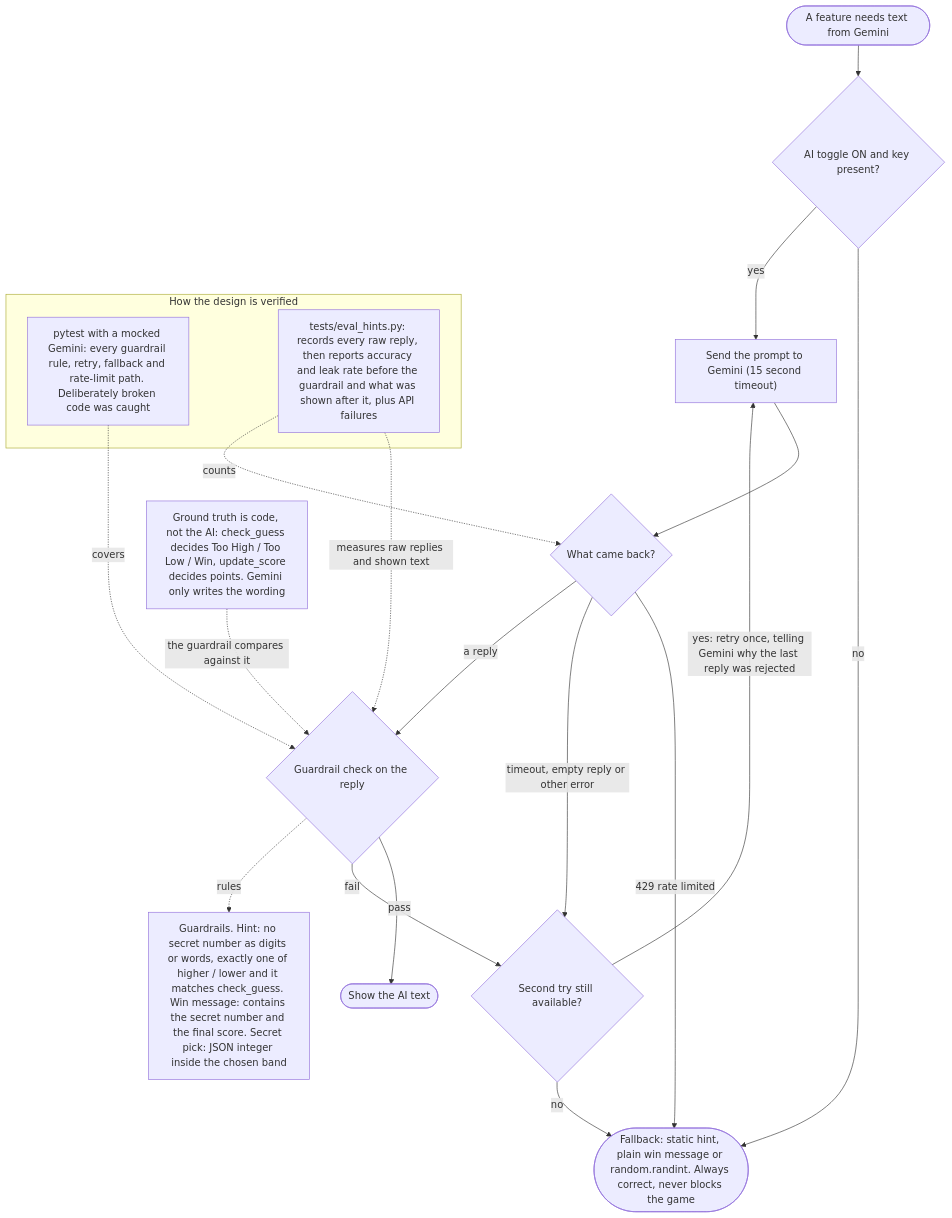
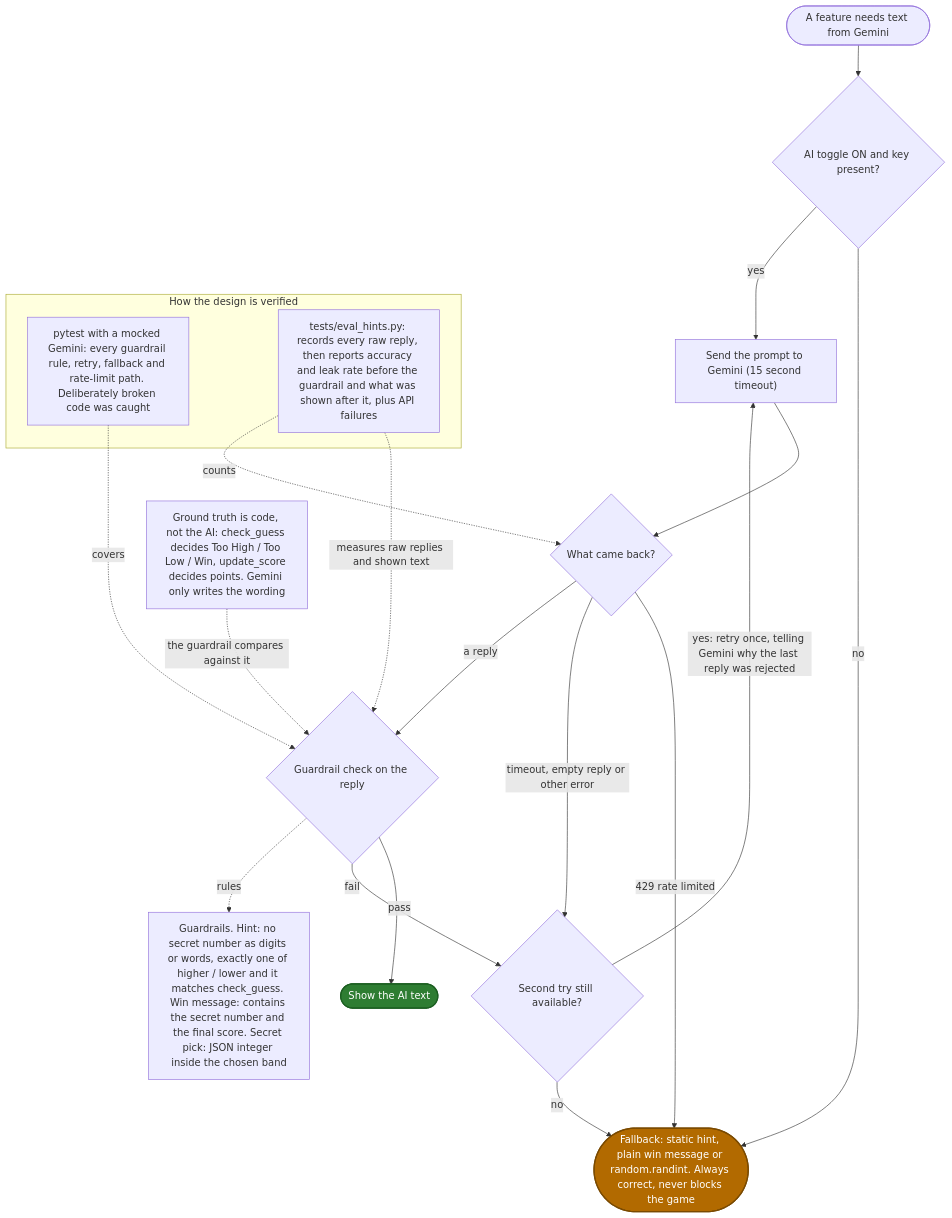
The diagram in diagrams/reliability_flow.mmd (ana-lomidze/applied-ai-system-project), drawn with Mermaid before and after one commit. The commit also changed 5 other files, not shown here.

Commit message:
add .env.example, colour diagrams, small cosmetic fix to app.py

```diff
--- a/diagrams/reliability_flow.mmd
+++ b/diagrams/reliability_flow.mmd
@@ -1,38 +1,44 @@
 flowchart TD
     %% Reliability flow: how every AI output (hint, win message, secret pick) is checked
     %% and replaced by a safe fallback, so the AI can never break the game.
 
     Need(["A feature needs text from Gemini"])
     Avail{"AI toggle ON and key present?"}
     Send["Send the prompt to Gemini (15 second timeout)"]
     Got{"What came back?"}
     Guard{"Guardrail check on the reply"}
     TriesLeft{"Second try still available?"}
     Use(["Show the AI text"])
     Fallback(["Fallback: static hint, plain win message or random.randint. Always correct, never blocks the game"])
 
     Truth["Ground truth is code, not the AI: check_guess decides Too High / Too Low / Win, update_score decides points. Gemini only writes the wording"]
     Guards["Guardrails. Hint: no secret number as digits or words, exactly one of higher / lower and it matches check_guess. Win message: contains the secret number and the final score. Secret pick: JSON integer inside the chosen band"]
 
     subgraph Verify["How the design is verified"]
         Pytest["pytest with a mocked Gemini: every guardrail rule, retry, fallback and rate-limit path. Deliberately broken code was caught"]
         Eval["tests/eval_hints.py: records every raw reply, then reports accuracy and leak rate before the guardrail and what was shown after it, plus API failures"]
     end
 
     Need --> Avail
     Avail -->|"no"| Fallback
     Avail -->|"yes"| Send
     Send --> Got
     Got -->|"429 rate limited"| Fallback
     Got -->|"timeout, empty reply or other error"| TriesLeft
     Got -->|"a reply"| Guard
     Guard -->|"pass"| Use
     Guard -->|"fail"| TriesLeft
     TriesLeft -->|"yes: retry once, telling Gemini why the last reply was rejected"| Send
     TriesLeft -->|"no"| Fallback
 
     Guard -.->|"rules"| Guards
     Truth -.->|"the guardrail compares against it"| Guard
     Pytest -.->|"covers"| Guard
     Eval -.->|"measures raw replies and shown text"| Guard
     Eval -.->|"counts"| Got
+
+    %% Colours: green = the AI text is shown, amber = the plain version is used instead (explicit text colours so they read in light and dark mode)
+    classDef good fill:#2e7d32,stroke:#1b5e20,stroke-width:2px,color:#ffffff
+    classDef warn fill:#b26a00,stroke:#7a4a00,stroke-width:2px,color:#ffffff
+    class Use good
+    class Fallback warn
```
